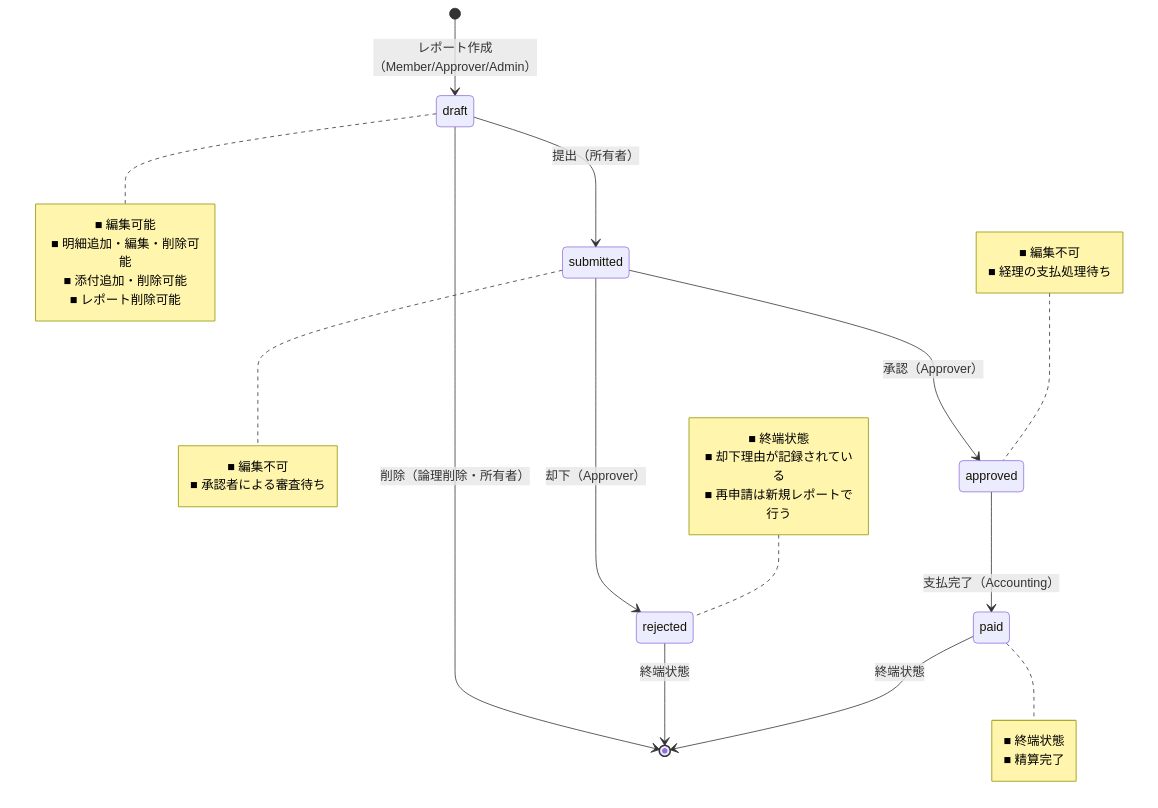
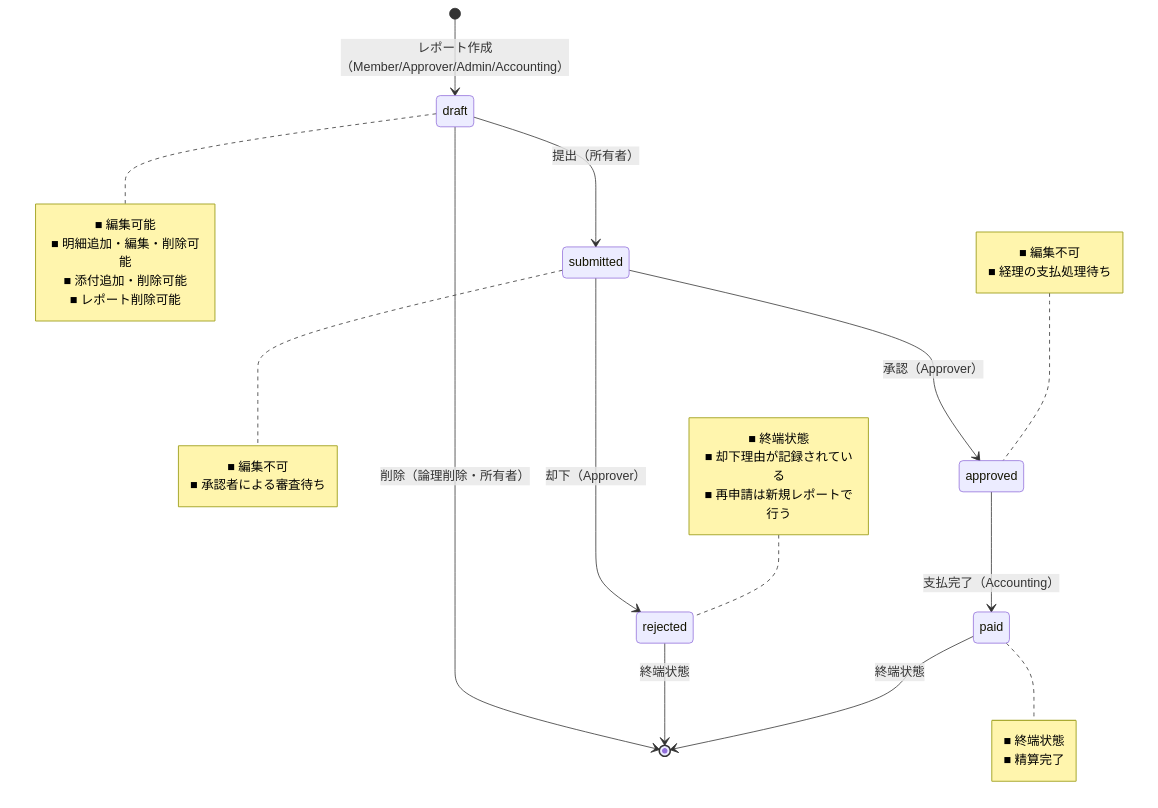
Before and after one commit to atsuro128/dev-journal: the first of 5 diagrams in deliverables/docs/10_requirements/workflow.md, drawn with Mermaid. The commit also changed other lines of this file and 18 other files, not shown here.

````diff
--- a/deliverables/docs/10_requirements/workflow.md
+++ b/deliverables/docs/10_requirements/workflow.md
@@ -24,43 +24,43 @@
 ```mermaid
 stateDiagram-v2
-    [*] --> draft: レポート作成（Member/Approver/Admin）
+    [*] --> draft: レポート作成（Member/Approver/Admin/Accounting）
 
     draft --> submitted: 提出（所有者）
     draft --> [*]: 削除（論理削除・所有者）
 
     submitted --> approved: 承認（Approver）
     submitted --> rejected: 却下（Approver）
 
     approved --> paid: 支払完了（Accounting）
 
     rejected --> [*]: 終端状態
     paid --> [*]: 終端状態
 
     note right of draft
         ■ 編集可能
         ■ 明細追加・編集・削除可能
         ■ 添付追加・削除可能
         ■ レポート削除可能
     end note
 
     note right of submitted
         ■ 編集不可
         ■ 承認者による審査待ち
     end note
 
     note left of approved
         ■ 編集不可
         ■ 経理の支払処理待ち
     end note
 
     note left of rejected
         ■ 終端状態
         ■ 却下理由が記録されている
         ■ 再申請は新規レポートで行う
     end note
 
     note right of paid
         ■ 終端状態
         ■ 精算完了
     end note
 ```
````
